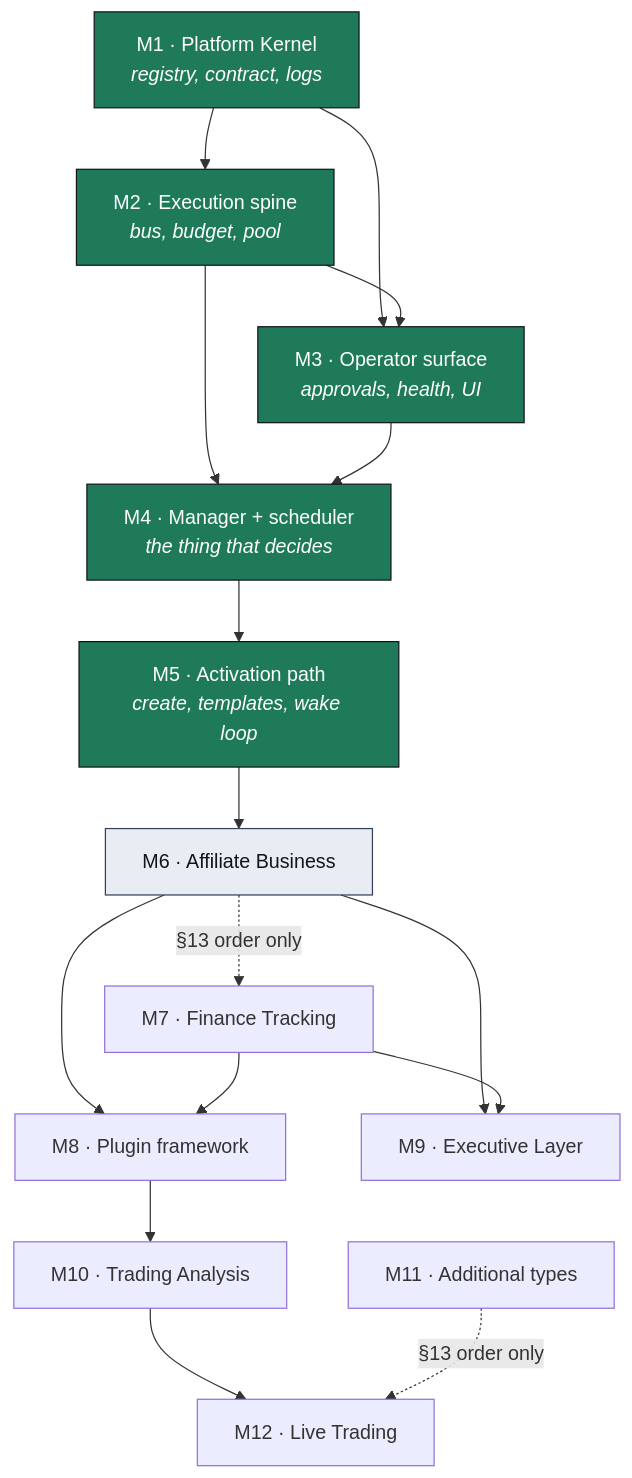
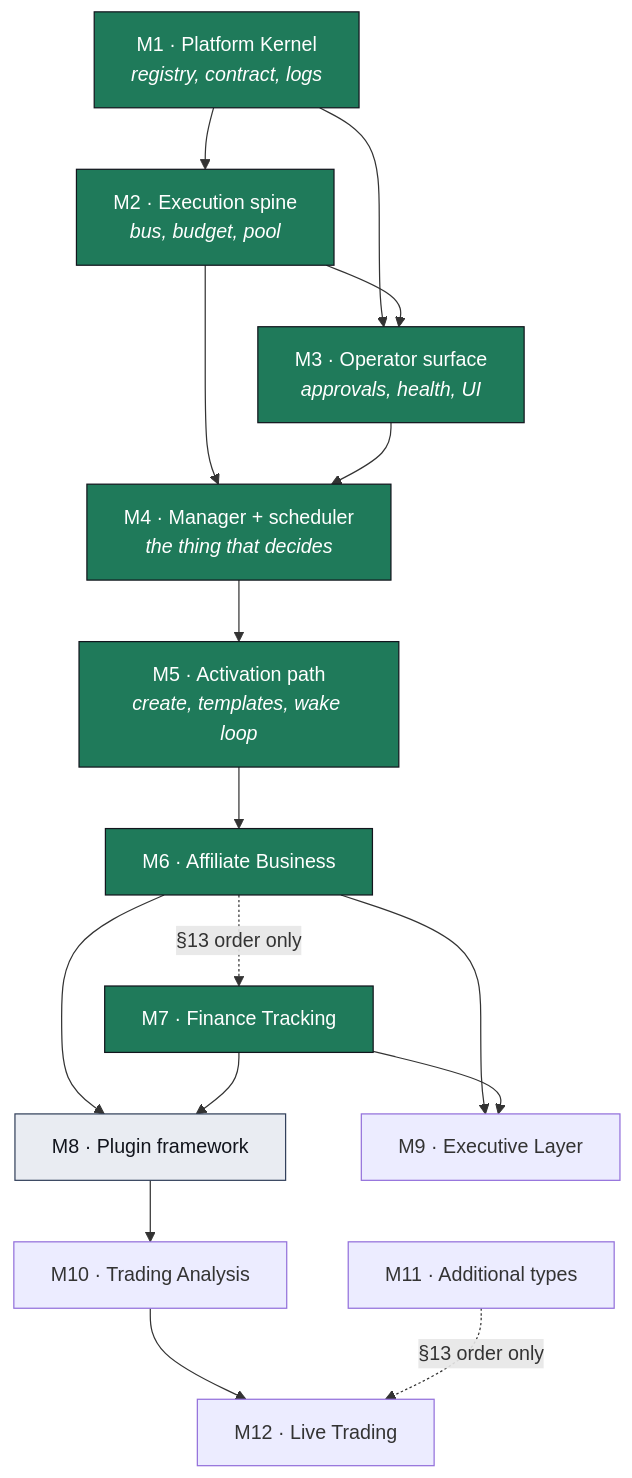
The diagram in docs/DEPENDENCIES.md (hudnalllogan16-lang/Jarvis), drawn with Mermaid before and after one commit. The commit also changed other lines of this file and 1 other file, not shown here.

Commit message:
M7 close-out: HANDOFF and DEPENDENCIES truthfulness pass

````diff
--- a/docs/DEPENDENCIES.md
+++ b/docs/DEPENDENCIES.md
@@ -16,36 +16,36 @@
 ```mermaid
 graph TD
     M1["M1 · Platform Kernel<br/><i>registry, contract, logs</i>"]
     M2["M2 · Execution spine<br/><i>bus, budget, pool</i>"]
     M3["M3 · Operator surface<br/><i>approvals, health, UI</i>"]
     M4["M4 · Manager + scheduler<br/><i>the thing that decides</i>"]
     M5["M5 · Activation path<br/><i>create, templates, wake loop</i>"]
     M6["M6 · Affiliate Business"]
     M7["M7 · Finance Tracking"]
     M8["M8 · Plugin framework"]
     M9["M9 · Executive Layer"]
     M10["M10 · Trading Analysis"]
     M11["M11 · Additional types"]
     M12["M12 · Live Trading"]
 
     M1 --> M2
     M1 --> M3
     M2 --> M3
     M2 --> M4
     M3 --> M4
     M4 --> M5
     M5 --> M6
     M6 -.->|§13 order only| M7
     M6 --> M8
     M7 --> M8
     M6 --> M9
     M7 --> M9
     M8 --> M10
     M10 --> M12
     M11 -.->|§13 order only| M12
 
     classDef done fill:#1F7A5A,stroke:#12151D,color:#fff
     classDef next fill:#E9ECF2,stroke:#33415C,color:#12151D
-    class M1,M2,M3,M4,M5 done
-    class M6 next
+    class M1,M2,M3,M4,M5,M6,M7 done
+    class M8 next
 ```
````
